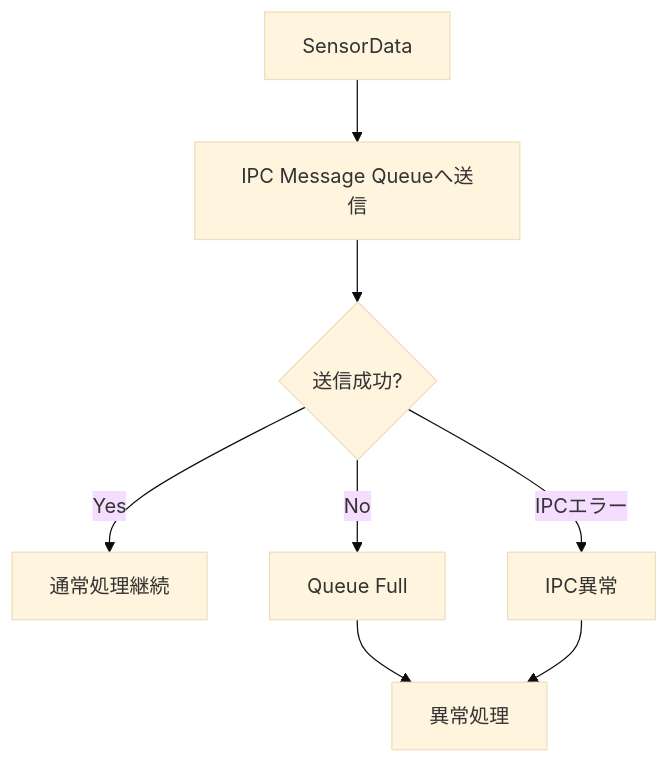
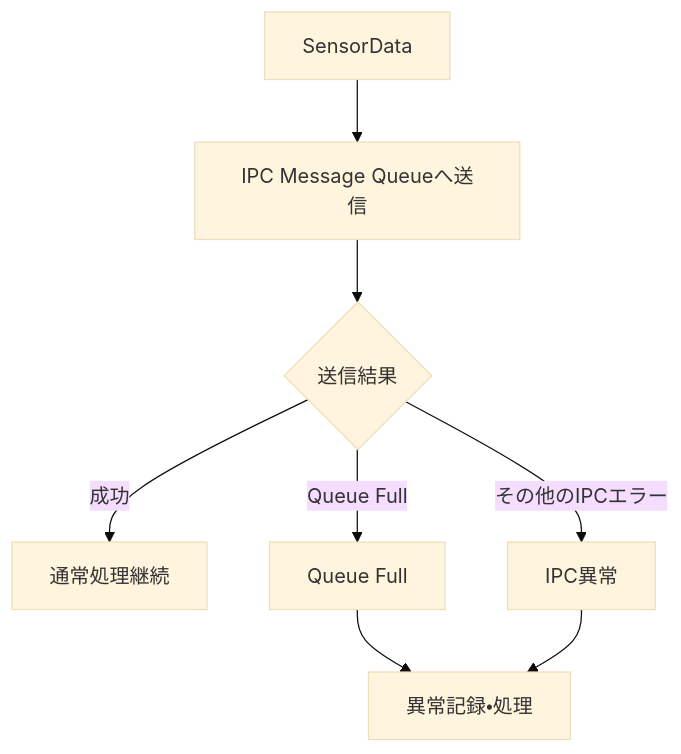
Before and after one commit to yujimasuda77777/Raspberry_Pi_4B_Edge_IoT_System: the ninth of 46 diagrams in docs/05_operation_recovery.md, drawn with Mermaid (base theme). The commit also changed other lines of this file and 1 other file, not shown here.

````diff
--- a/docs/05_operation_recovery.md
+++ b/docs/05_operation_recovery.md
@@ -491,20 +472,20 @@
 ```mermaid
 flowchart TD
     SensorData["SensorData"]
     Send["IPC Message Queueへ送信"]
-    Result{"送信成功?"}
+    Result{"送信結果"}
     Normal["通常処理継続"]
     Full["Queue Full"]
     Error["IPC異常"]
-    Handle["異常処理"]
+    Handle["異常記録・処理"]
 
     SensorData --> Send
     Send --> Result
 
-    Result -->|Yes| Normal
-    Result -->|No| Full
+    Result -->|成功| Normal
+    Result -->|Queue Full| Full
     Full --> Handle
 
-    Result -->|IPCエラー| Error
+    Result -->|その他のIPCエラー| Error
     Error --> Handle
 ```
````
